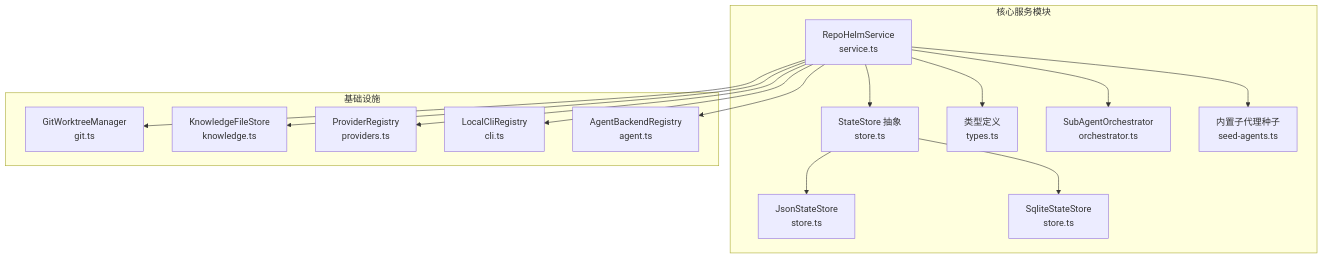
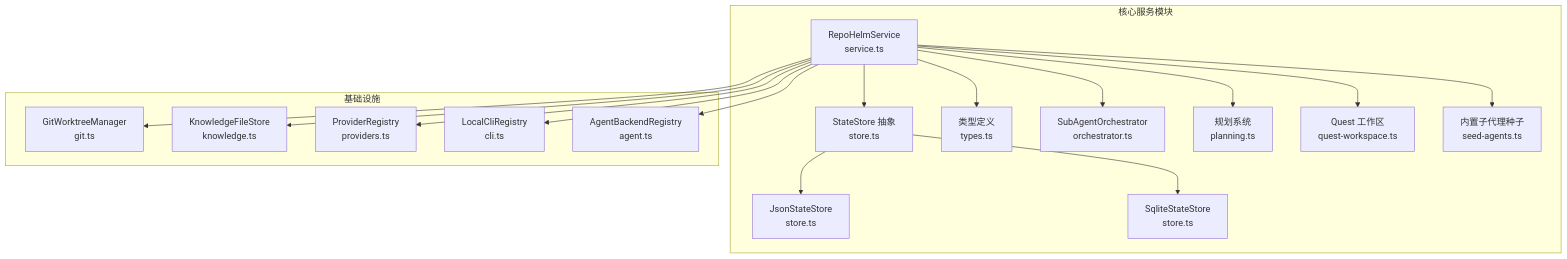
Before and after one commit to coconilu/RepoHelm: the first of 8 diagrams in .qoder/repowiki/zh/content/核心服务模块/核心服务模块.md, drawn with Mermaid. The commit also changed other lines of this file and 16 other files, not shown here.

````diff
--- a/.qoder/repowiki/zh/content/核心服务模块/核心服务模块.md
+++ b/.qoder/repowiki/zh/content/核心服务模块/核心服务模块.md
@@ -66,30 +72,34 @@
 ```mermaid
 graph TB
 subgraph "核心服务模块"
 S["RepoHelmService<br/>service.ts"]
 ST["StateStore 抽象<br/>store.ts"]
 JS["JsonStateStore<br/>store.ts"]
 SQ["SqliteStateStore<br/>store.ts"]
 T["类型定义<br/>types.ts"]
 O["SubAgentOrchestrator<br/>orchestrator.ts"]
+P["规划系统<br/>planning.ts"]
+QW["Quest 工作区<br/>quest-workspace.ts"]
 SA["内置子代理种子<br/>seed-agents.ts"]
 end
 subgraph "基础设施"
 G["GitWorktreeManager<br/>git.ts"]
 KF["KnowledgeFileStore<br/>knowledge.ts"]
 PR["ProviderRegistry<br/>providers.ts"]
 LR["LocalCliRegistry<br/>cli.ts"]
 AR["AgentBackendRegistry<br/>agent.ts"]
 end
 S --> ST
 ST --> JS
 ST --> SQ
 S --> O
+S --> P
+S --> QW
 S --> SA
 S --> G
 S --> KF
 S --> PR
 S --> LR
 S --> AR
 S --> T
 ```
````
